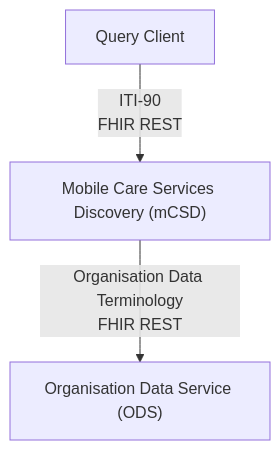
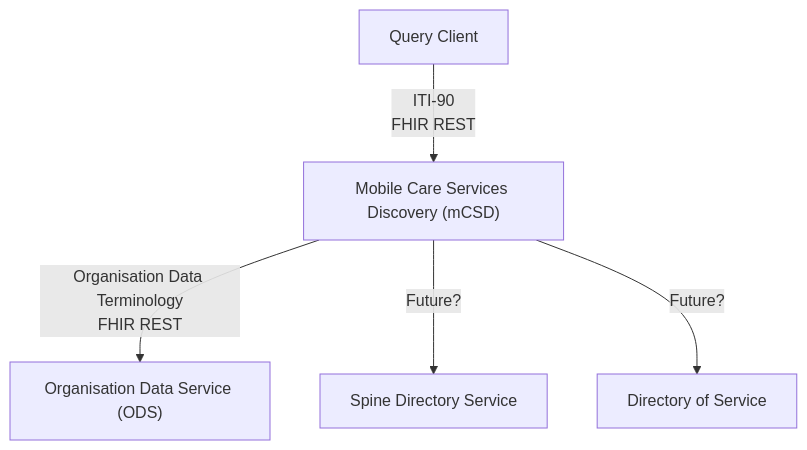
Before and after one commit to uk-gov-mirror/nw-gmsa.nw-gmsa.github.com: the diagram in input/pagecontent/mCSD.md, drawn with Mermaid.

Commit message:
Genomic Test Order and Report Example Scenario

````diff
--- a/input/pagecontent/mCSD.md
+++ b/input/pagecontent/mCSD.md
@@ -16,6 +16,8 @@
 ```mermaid
 graph TD;
 
     U[Query Client] --> |ITI-90<br/>FHIR REST| RIE["Mobile Care Services Discovery (mCSD)"];
     RIE --> |"Organisation Data Terminology<br/>FHIR REST"| ODS["Organisation Data Service (ODS)"]
+    RIE --> |"Future?"| SDS[Spine Directory Service]
+    RIE --> |Future?| DOS[Directory of Service]
 ```
````
